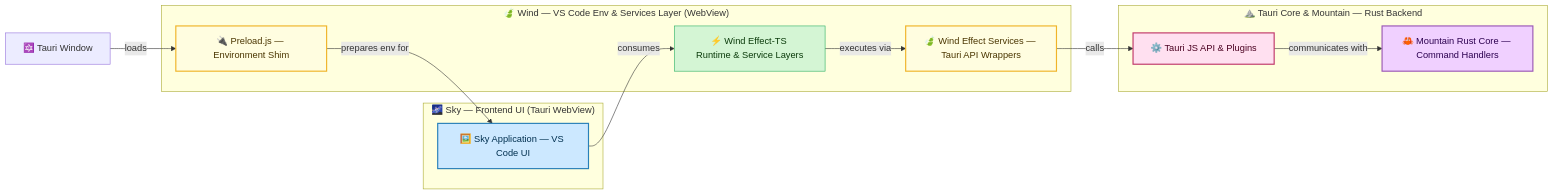
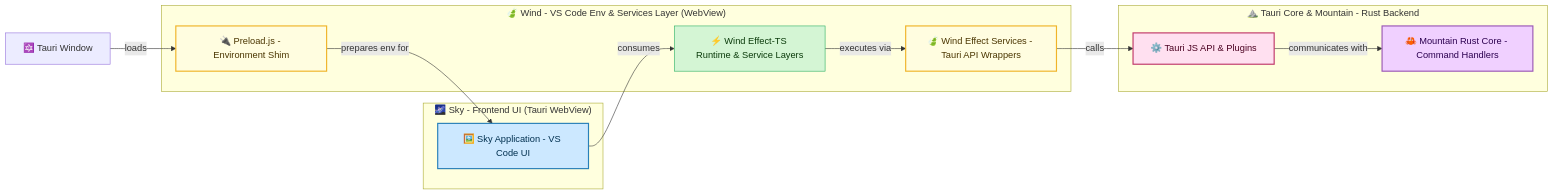
One commit to CodeEditorLand/Wind changed the diagram in README.md. Above: the diagram before and after it, drawn with Mermaid. The commit also changed other lines of this file and 19 other files, not shown here.

````diff
--- a/README.md
+++ b/README.md
@@ -114,31 +114,31 @@
 ```mermaid
 graph LR
     classDef sky      fill:#cce8ff,stroke:#2980b9,stroke-width:2px,color:#003050;
     classDef wind     fill:#fffde0,stroke:#f0b429,stroke-width:2px,color:#4a3500;
     classDef tauri    fill:#ffe0f0,stroke:#c0396a,stroke-width:2px,color:#4a0020;
     classDef mountain fill:#f0d0ff,stroke:#9b59b6,stroke-width:2px,color:#2c0050;
     classDef effectts fill:#d4f5d4,stroke:#27ae60,stroke-width:1px,color:#0a3a0a;
 
-    subgraph "🌌 Sky — Frontend UI (Tauri WebView)"
-        SkyApp["🖼️ Sky Application — VS Code UI"]:::sky
+    subgraph "🌌 Sky - Frontend UI (Tauri WebView)"
+        SkyApp["🖼️ Sky Application - VS Code UI"]:::sky
     end
 
-    subgraph "🍃 Wind — VS Code Env & Services Layer (WebView)"
-        PreloadJS["🔌 Preload.js — Environment Shim"]:::wind
+    subgraph "🍃 Wind - VS Code Env & Services Layer (WebView)"
+        PreloadJS["🔌 Preload.js - Environment Shim"]:::wind
         WindEffectTSRuntime["⚡ Wind Effect-TS Runtime & Service Layers"]:::effectts
-        TauriIntegrations["🍃 Wind Effect Services — Tauri API Wrappers"]:::wind
+        TauriIntegrations["🍃 Wind Effect Services - Tauri API Wrappers"]:::wind
 
         SkyApp -- consumes --> WindEffectTSRuntime
         WindEffectTSRuntime -- executes via --> TauriIntegrations
     end
 
-    subgraph "⛰️ Tauri Core & Mountain — Rust Backend"
+    subgraph "⛰️ Tauri Core & Mountain - Rust Backend"
         TauriAPIs["⚙️ Tauri JS API & Plugins"]:::tauri
-        MountainBackend["🦀 Mountain Rust Core — Command Handlers"]:::mountain
+        MountainBackend["🦀 Mountain Rust Core - Command Handlers"]:::mountain
     end
 
     TauriWindow["🔯 Tauri Window"] -- loads --> PreloadJS
     PreloadJS -- prepares env for --> SkyApp
     TauriIntegrations -- calls --> TauriAPIs
     TauriAPIs -- communicates with --> MountainBackend
 ```
````
